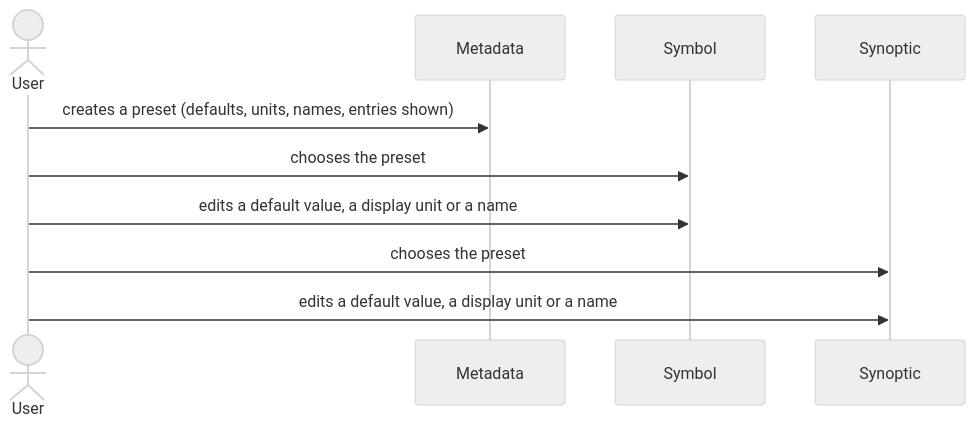
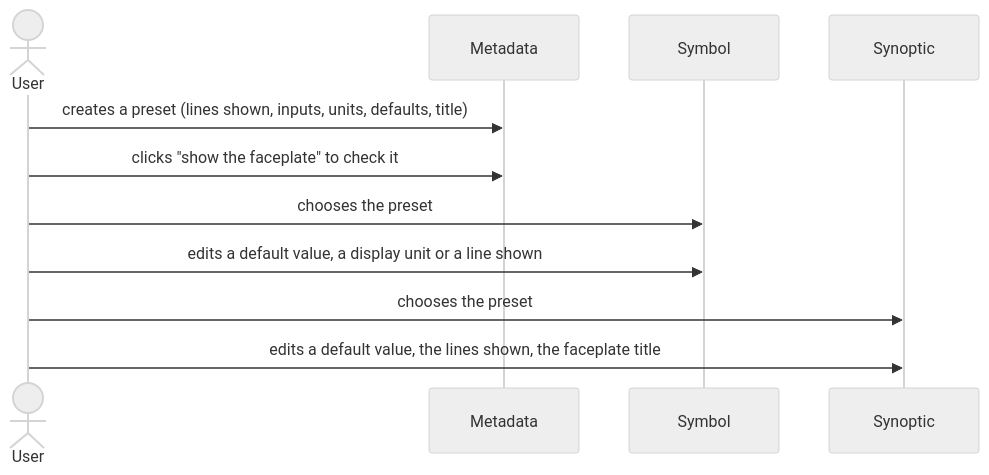
Before and after one commit to AlexandreGallais/synoptic-studio-spec: the fourth of 4 diagrams in metadata/09-presets.md, drawn with Mermaid (neutral theme). The commit also changed other lines of this file and 15 other files, not shown here.

First line of the commit message:
docs(spec): merge faceplate into presets and add signal display name

````diff
--- a/metadata/09-presets.md
+++ b/metadata/09-presets.md
@@ -21,12 +106,13 @@
 ```mermaid
 sequenceDiagram
     actor U as User
     participant MD as Metadata
     participant SY as Symbol
     participant SN as Synoptic
-    U->>MD: creates a preset (defaults, units, names, entries shown)
+    U->>MD: creates a preset (lines shown, inputs, units, defaults, title)
+    U->>MD: clicks "show the faceplate" to check it
     U->>SY: chooses the preset
-    U->>SY: edits a default value, a display unit or a name
+    U->>SY: edits a default value, a display unit or a line shown
     U->>SN: chooses the preset
-    U->>SN: edits a default value, a display unit or a name
+    U->>SN: edits a default value, the lines shown, the faceplate title
 ```
````
